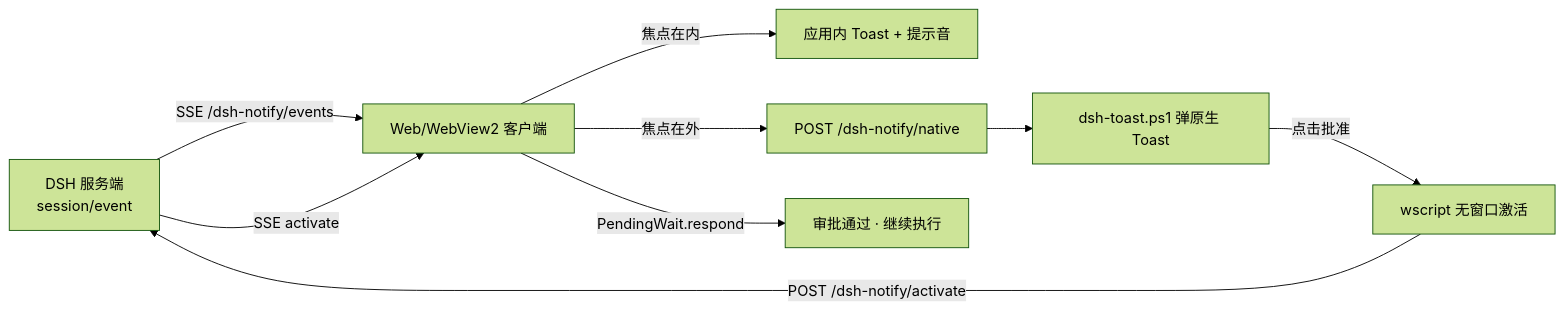
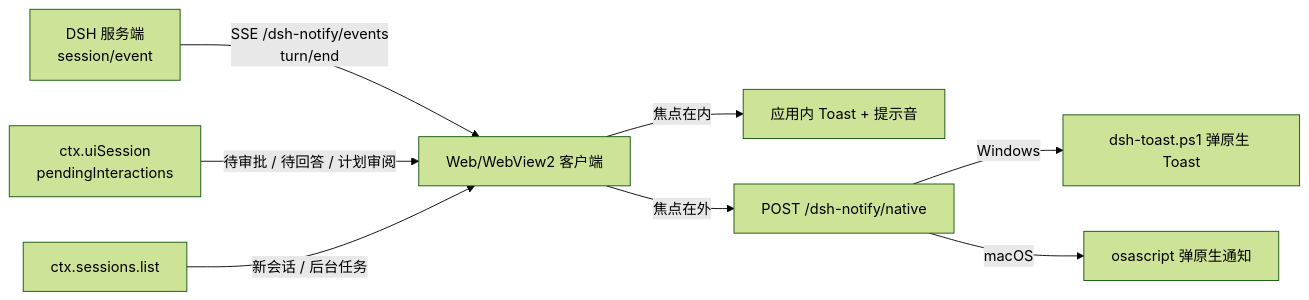
The diagram in README.md (having5548/dsh-notify), drawn with Mermaid (forest theme) before and after one commit. The commit also changed other lines of this file and 5 other files, not shown here.

First line of the commit message:
feat: dsh-notify 0.3.1 - fix approval API drift, drop activation chain

````diff
--- a/README.md
+++ b/README.md
@@ -79,11 +85,10 @@
 ```mermaid
 flowchart LR
-    A[DSH 服务端<br/>session/event] -->|SSE /dsh-notify/events| B[Web/WebView2 客户端]
+    A[DSH 服务端<br/>session/event] -->|SSE /dsh-notify/events<br/>turn/end| B[Web/WebView2 客户端]
+    P[ctx.uiSession<br/>pendingInteractions] -->|待审批 / 待回答 / 计划审阅| B
+    L[ctx.sessions.list] -->|新会话 / 后台任务| B
     B -->|焦点在内| C[应用内 Toast + 提示音]
     B -->|焦点在外| D[POST /dsh-notify/native]
-    D --> E[dsh-toast.ps1 弹原生 Toast]
-    E -->|点击批准| F[wscript 无窗口激活]
-    F -->|POST /dsh-notify/activate| A
-    A -->|SSE activate| B
-    B -->|PendingWait.respond| G[审批通过 · 继续执行]
+    D -->|Windows| E[dsh-toast.ps1 弹原生 Toast]
+    D -->|macOS| F[osascript 弹原生通知]
 ```
````
